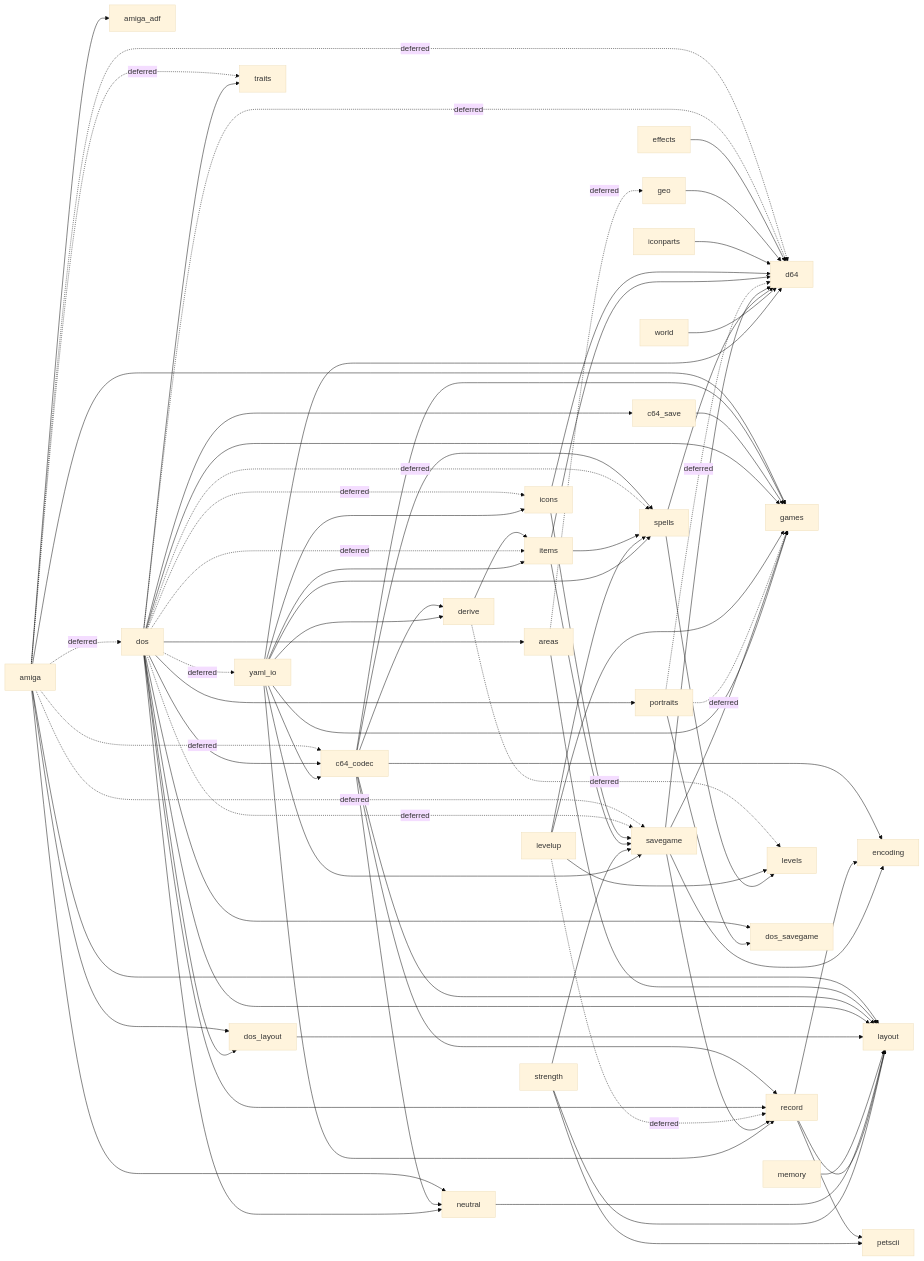
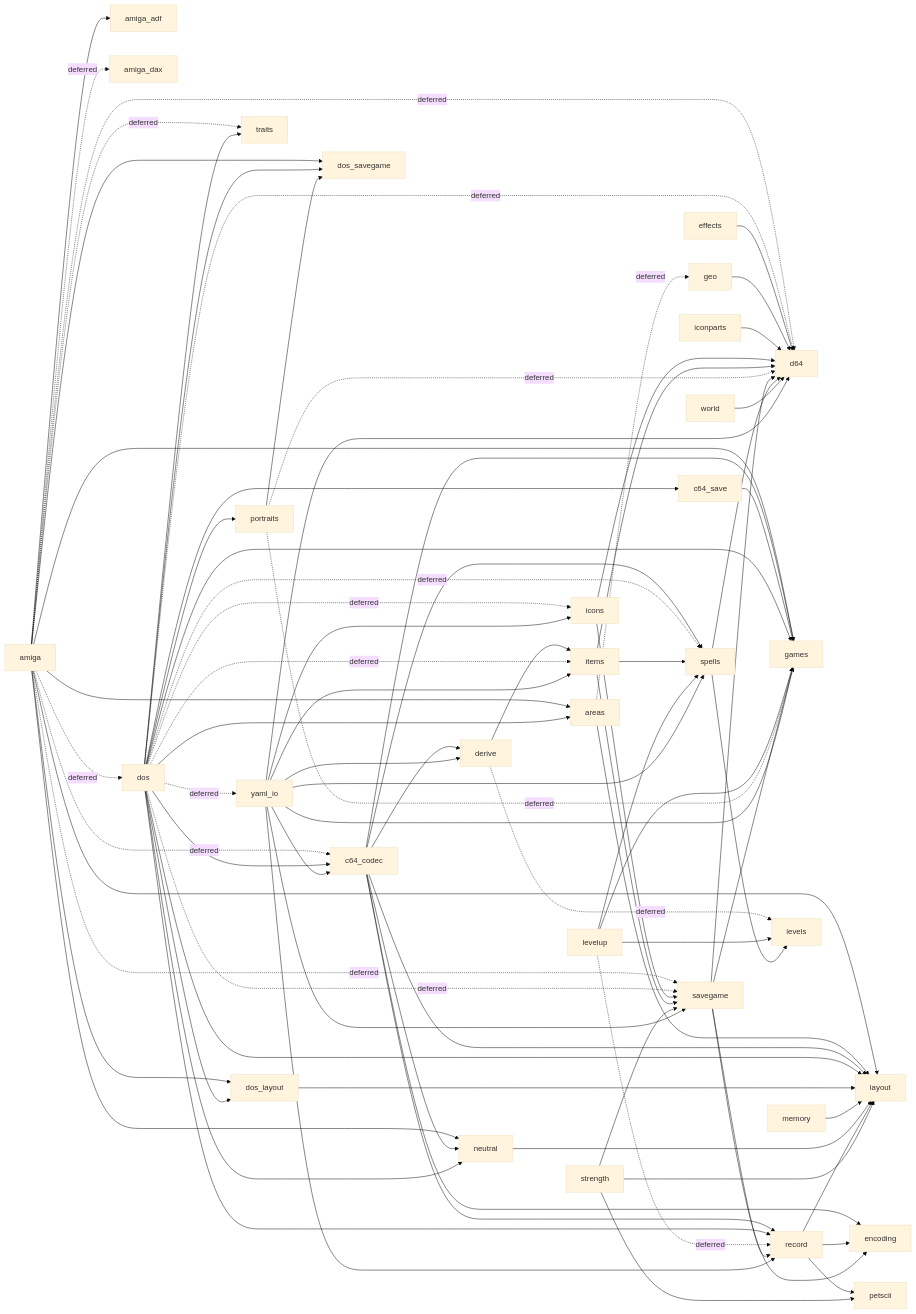
One commit to malcyon/wish changed the fourth of 4 diagrams in docs/117-save-conversion.md. Above: the diagram before and after it, drawn with Mermaid (base theme).

Commit message:
Regenerate the import graph, which the new Amiga depacker module moved (#316)
Claude-Session: https://claude.ai/code/session_014VfEwX1Zk56tzFR8sY6MjB

````diff
--- a/docs/117-save-conversion.md
+++ b/docs/117-save-conversion.md
@@ -1846,10 +1846,13 @@
 ```mermaid
 graph LR
   amiga --> amiga_adf
+  amiga -.->|deferred| amiga_dax
+  amiga --> areas
   amiga -.->|deferred| c64_codec
   amiga -.->|deferred| d64
   amiga -.->|deferred| dos
   amiga --> dos_layout
+  amiga --> dos_savegame
   amiga --> games
   amiga --> layout
   amiga --> neutral
````
